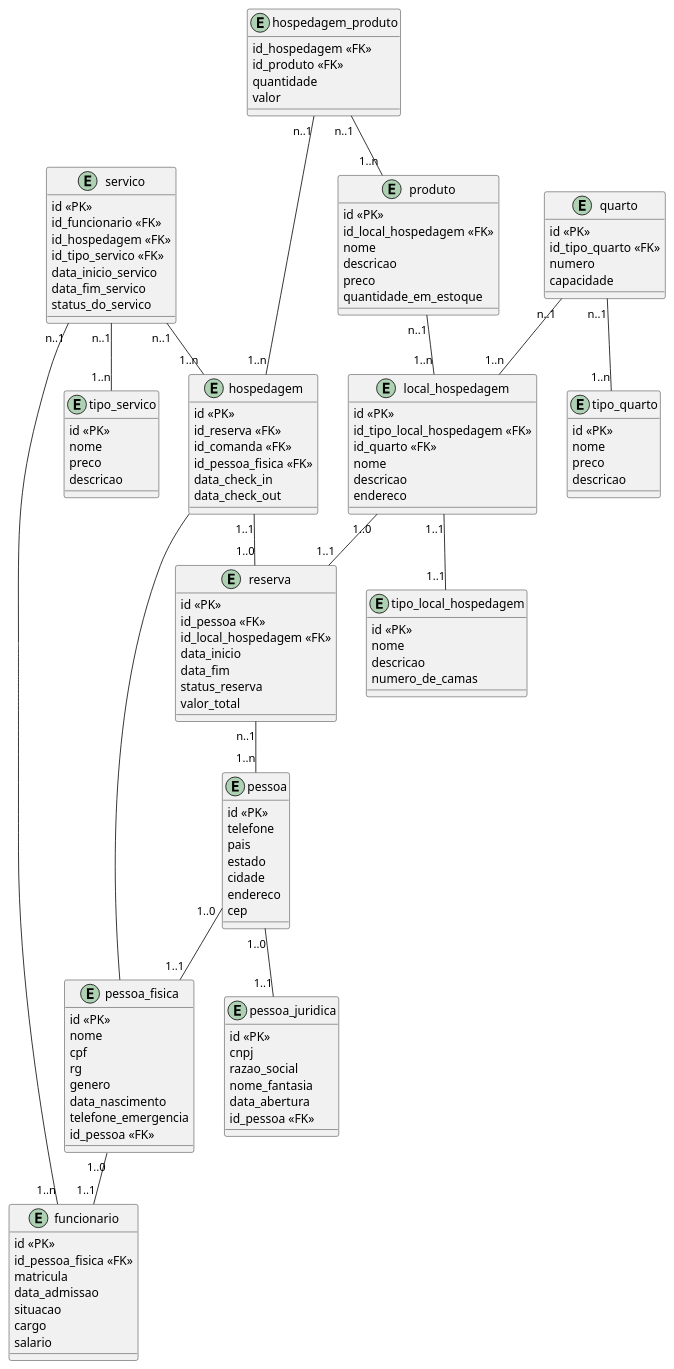
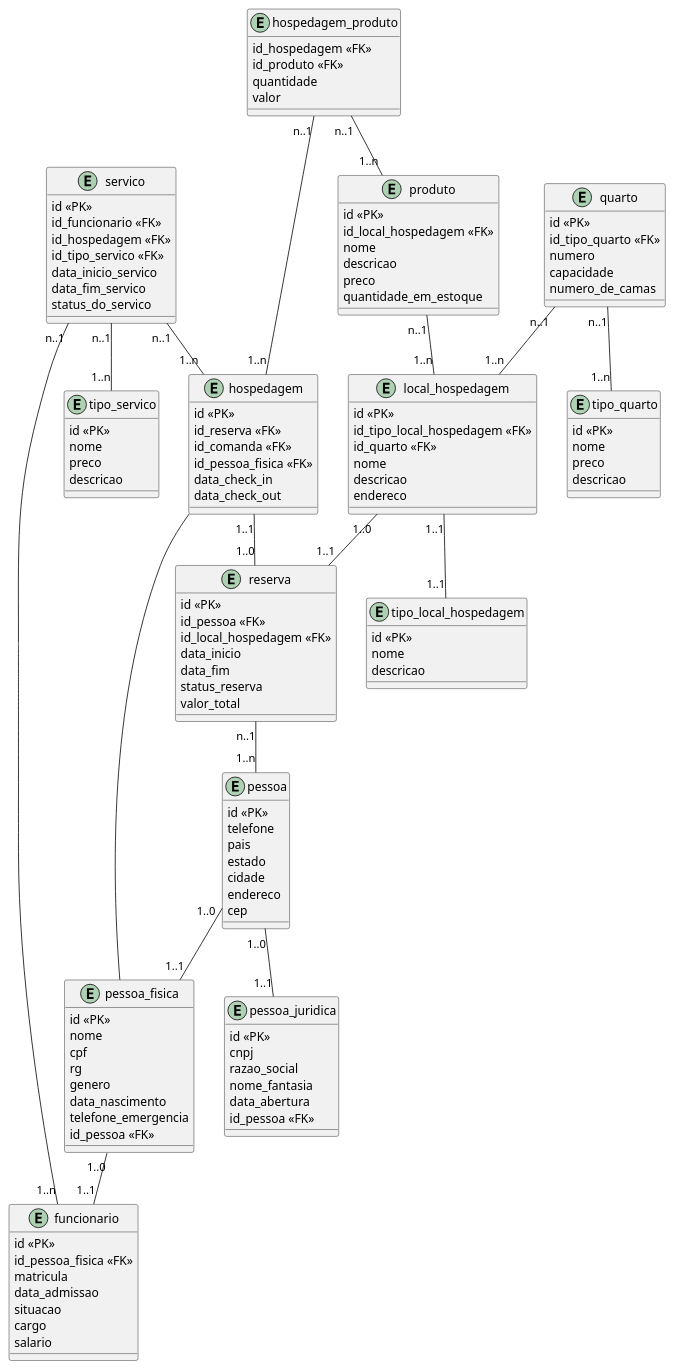
One commit to Berjooj/Pratica-DB-A1-N1 changed the diagram in Hospedagem.plantuml. Above: the diagram before and after it, drawn with PlantUML. The commit also changed other lines of this file and 3 other files, not shown here.

```diff
--- a/Hospedagem.plantuml
+++ b/Hospedagem.plantuml
@@ -1,150 +1,150 @@
 @startuml Hospedagem
 
 entity pessoa{
     id <<PK>>
     telefone
     pais
     estado
     cidade
     endereco
     cep
 }
 
 entity pessoa_fisica{
     id <<PK>>
     nome
     cpf
     rg
     genero
     data_nascimento
     telefone_emergencia
     id_pessoa <<FK>>
 }
 
 entity pessoa_juridica{
     id <<PK>>
     cnpj
     razao_social
     nome_fantasia
     data_abertura
     id_pessoa <<FK>>
 }
 
 entity funcionario{
     id <<PK>>
     id_pessoa_fisica <<FK>>
     matricula
     data_admissao
     situacao
     cargo
     salario
 }
 
 entity reserva{
     id <<PK>>
     id_pessoa <<FK>>
     id_local_hospedagem <<FK>>
     data_inicio
     data_fim
     status_reserva
     valor_total
 }
 
 entity hospedagem{
     id <<PK>>
     id_reserva <<FK>>
     id_comanda <<FK>>
     id_pessoa_fisica <<FK>>
     data_check_in
     data_check_out
 }
 
 entity tipo_local_hospedagem{
     id <<PK>>
     nome
     descricao
-    numero_de_camas
 }
 
 entity local_hospedagem{
     id <<PK>>
     id_tipo_local_hospedagem <<FK>>
     id_quarto <<FK>>
     nome
     descricao
     endereco
 }
 
 entity tipo_quarto{
     id <<PK>>
     nome
     preco
     descricao
 }
 
 entity quarto{
     id <<PK>>
     id_tipo_quarto <<FK>>
     numero
     capacidade
+    numero_de_camas
 }
 
 entity tipo_servico{
     id <<PK>>
     nome
     preco
     descricao
 }
 
 entity servico{
     id <<PK>>
     id_funcionario <<FK>>
     id_hospedagem <<FK>>
     id_tipo_servico <<FK>>
     data_inicio_servico
     data_fim_servico
     status_do_servico
 }
 
 entity produto{
     id <<PK>>
     id_local_hospedagem <<FK>>
     nome
     descricao
     preco
     quantidade_em_estoque
 }
 
 entity hospedagem_produto{
     id_hospedagem <<FK>>
     id_produto <<FK>>
     quantidade
     valor
 }
 
 pessoa "1..0" -- "1..1" pessoa_fisica
 pessoa "1..0" -- "1..1" pessoa_juridica
 
 pessoa_fisica "1..0" -- "1..1" funcionario
 
 reserva "n..1" -- "1..n" pessoa
 hospedagem "1..1" -- "1..0" reserva
 
 local_hospedagem "1..0" -- "1..1" reserva
 local_hospedagem "1..1" -- "1..1" tipo_local_hospedagem
 
 quarto "n..1" -- "1..n" tipo_quarto
 quarto "n..1" -- "1..n" local_hospedagem
 
 produto "n..1" -- "1..n" local_hospedagem
 
 hospedagem_produto "n..1" -- "1..n" produto
 hospedagem_produto "n..1" -- "1..n" hospedagem
 
 servico "n..1" -- "1..n" tipo_servico
 servico "n..1" -- "1..n" funcionario
 servico "n..1" -- "1..n" hospedagem
 
 hospedagem -- pessoa_fisica
 
 @enduml
```
